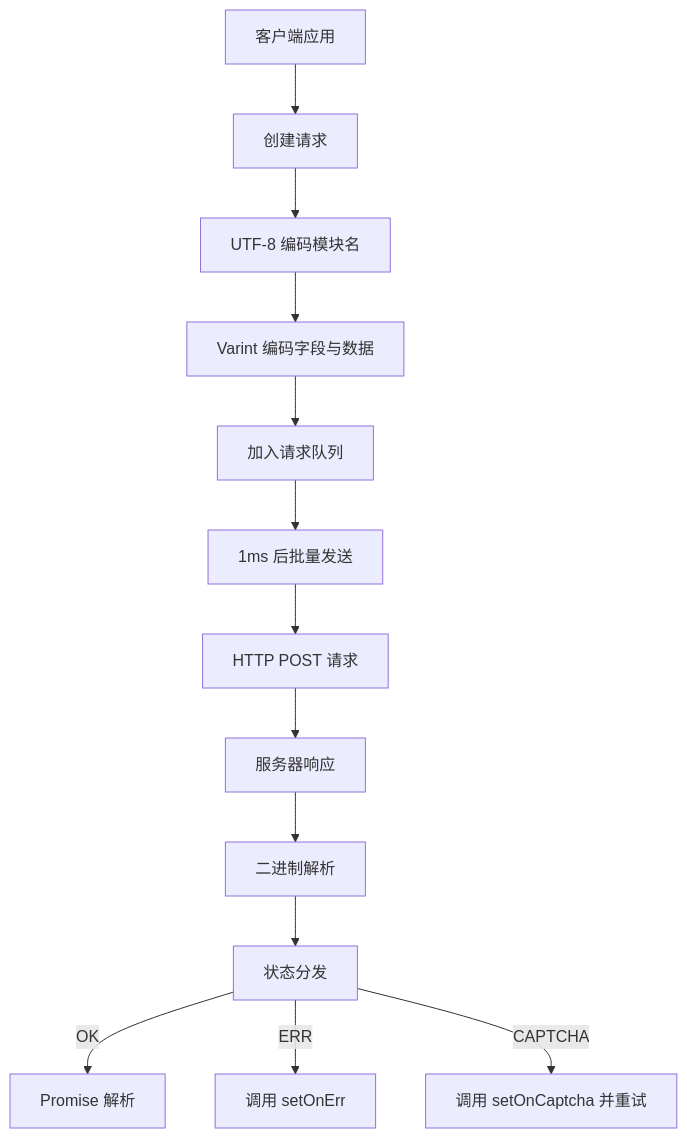
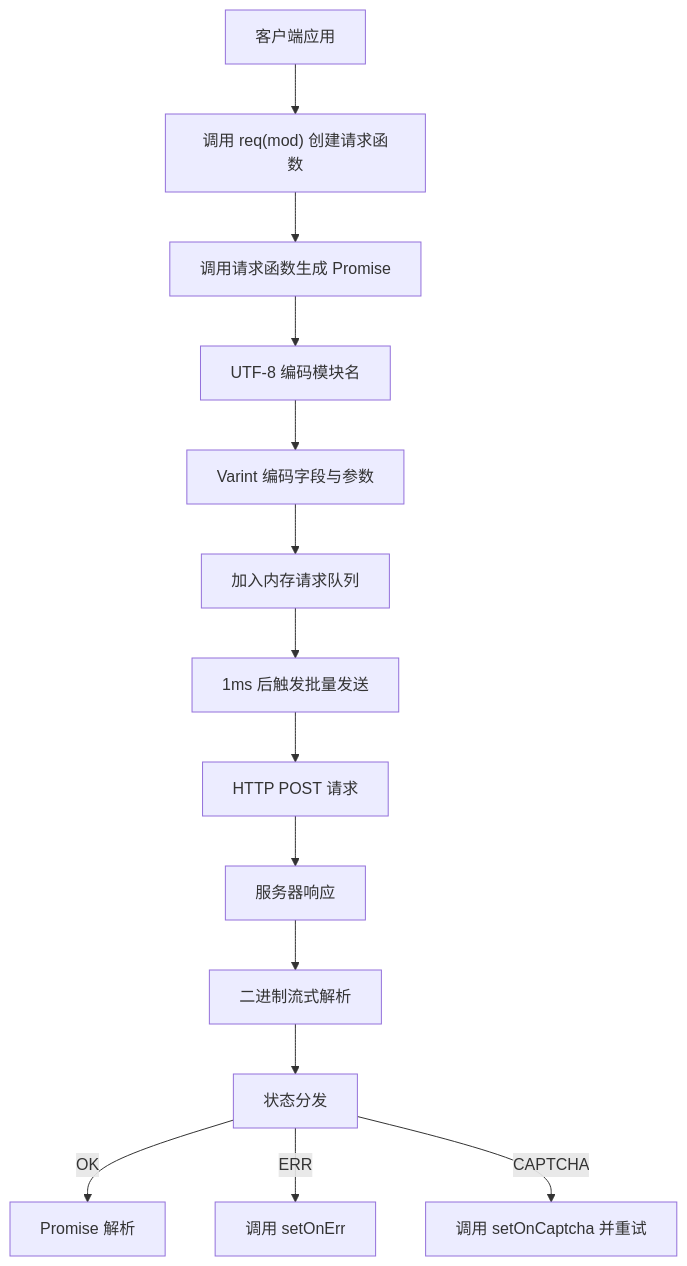
The diagram in protoapi/readme/zh/README.md (webc-site/npm), drawn with Mermaid before and after one commit. The commit also changed other lines of this file and 1 other file, not shown here.

````diff
--- a/protoapi/readme/zh/README.md
+++ b/protoapi/readme/zh/README.md
@@ -52,15 +52,16 @@
 ```mermaid
 graph TD
-  A[客户端应用] --> B[创建请求]
-  B --> C[UTF-8 编码模块名]
-  C --> D[Varint 编码字段与数据]
-  D --> E[加入请求队列]
-  E --> F[1ms 后批量发送]
-  F --> G[HTTP POST 请求]
-  G --> H[服务器响应]
-  H --> I[二进制解析]
-  I --> J[状态分发]
-  J -->|OK| K[Promise 解析]
-  J -->|ERR| L[调用 setOnErr]
-  J -->|CAPTCHA| M[调用 setOnCaptcha 并重试]
+  A["客户端应用"] --> B["调用 req(mod) 创建请求函数"]
+  B --> C["调用请求函数生成 Promise"]
+  C --> D["UTF-8 编码模块名"]
+  D --> E["Varint 编码字段与参数"]
+  E --> F["加入内存请求队列"]
+  F --> G["1ms 后触发批量发送"]
+  G --> H["HTTP POST 请求"]
+  H --> I["服务器响应"]
+  I --> J["二进制流式解析"]
+  J --> K["状态分发"]
+  K -->|OK| L["Promise 解析"]
+  K -->|ERR| M["调用 setOnErr"]
+  K -->|CAPTCHA| N["调用 setOnCaptcha 并重试"]
 ```
````
